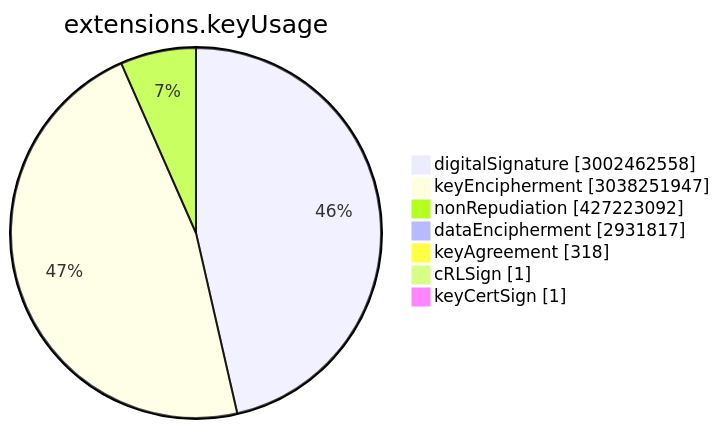
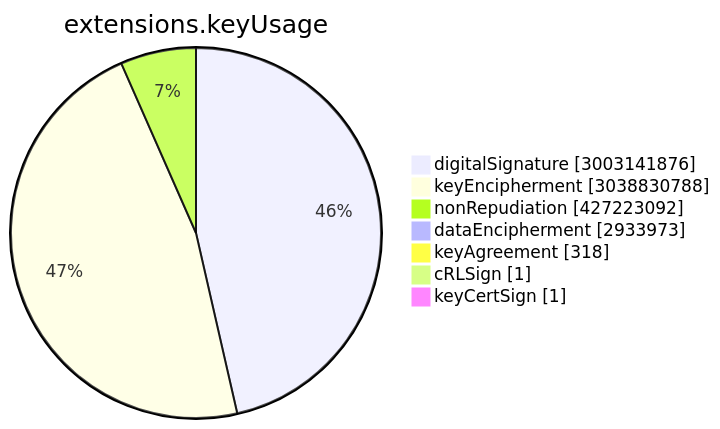
One commit to christiankrug/ctmonitor_visualization changed the sixth of 15 diagrams in TOTAL/README.md. Above: the diagram before and after it, drawn with Mermaid. The commit also changed other lines of this file, not shown here.

````diff
--- a/TOTAL/README.md
+++ b/TOTAL/README.md
@@ -3074,11 +3074,11 @@
 ```mermaid
 pie showData
 title extensions.keyUsage
-"digitalSignature" :3002462558
-"keyEncipherment" :3038251947
+"digitalSignature" :3003141876
+"keyEncipherment" :3038830788
 "nonRepudiation" :427223092
-"dataEncipherment" :2931817
+"dataEncipherment" :2933973
 "keyAgreement" :318
 "cRLSign" :1
 "keyCertSign" :1
 ```
````
